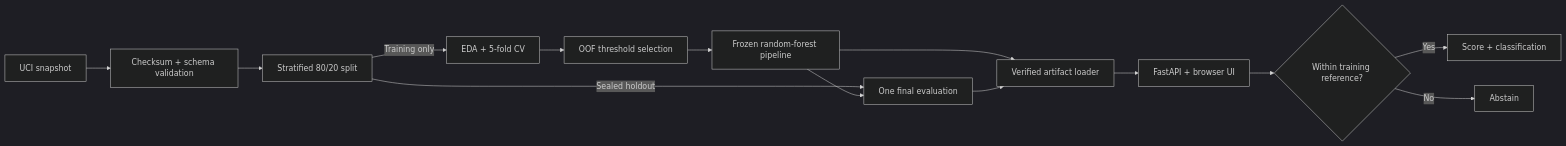
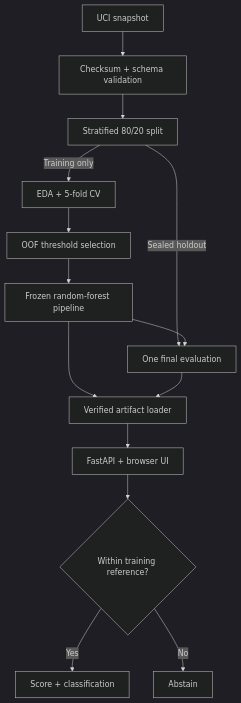
Before and after one commit to xSkyLiN3/predictive-maintenance-ml: the diagram in README.md, drawn with Mermaid (dark theme). The commit also changed 6 other files, not shown here.

````diff
--- a/README.md
+++ b/README.md
@@ -57,16 +57,16 @@
 ```mermaid
-flowchart LR
+flowchart TD
     A["UCI snapshot"] --> B["Checksum + schema validation"]
     B --> C["Stratified 80/20 split"]
     C -->|"Training only"| D["EDA + 5-fold CV"]
     D --> E["OOF threshold selection"]
     E --> F["Frozen random-forest pipeline"]
     C -->|"Sealed holdout"| G["One final evaluation"]
     F --> G
     F --> H["Verified artifact loader"]
     G --> H
     H --> I["FastAPI + browser UI"]
     I --> J{"Within training reference?"}
     J -->|"Yes"| K["Score + classification"]
     J -->|"No"| L["Abstain"]
 ```
````
